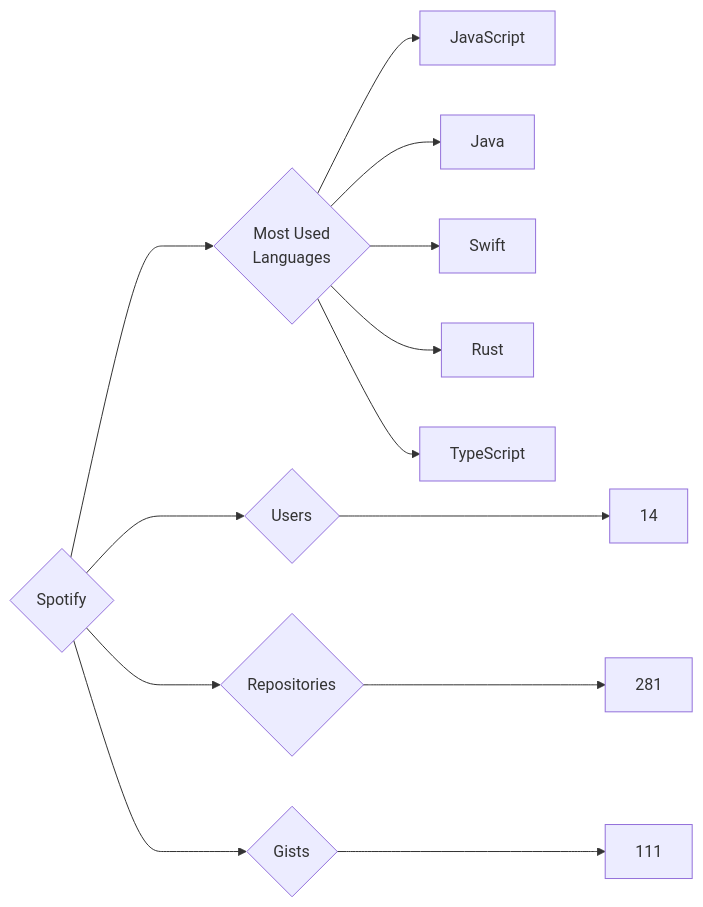
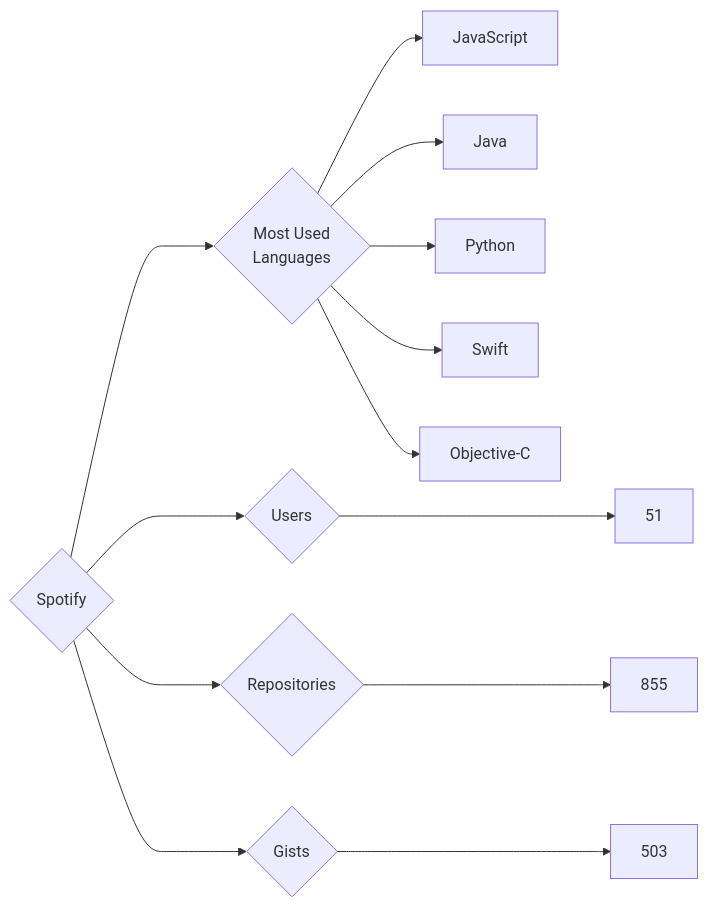
Before and after one commit to trickest/insiders: the diagram in targets/Spotify/README.md, drawn with Mermaid. The commit also changed 1696 other files, not shown here.

````diff
--- a/targets/Spotify/README.md
+++ b/targets/Spotify/README.md
@@ -3,13 +3,13 @@
 ```mermaid
 graph LR
 COMPANY_NAME{Spotify}
-COMPANY_NAME ---> U{Users} ---> UN[14]
-COMPANY_NAME ---> R{Repositories} ---> RN[281]
-COMPANY_NAME ---> G{Gists} ---> GN[111]
+COMPANY_NAME ---> U{Users} ---> UN[51]
+COMPANY_NAME ---> R{Repositories} ---> RN[855]
+COMPANY_NAME ---> G{Gists} ---> GN[503]
 COMPANY_NAME ---> ML{Most Used<br>Languages}
 ML --> JavaScript[JavaScript]
 ML --> Java[Java]
+ML --> Python[Python]
 ML --> Swift[Swift]
-ML --> Rust[Rust]
-ML --> TypeScript[TypeScript]
+ML --> Objective-C[Objective-C]
 ```
````
